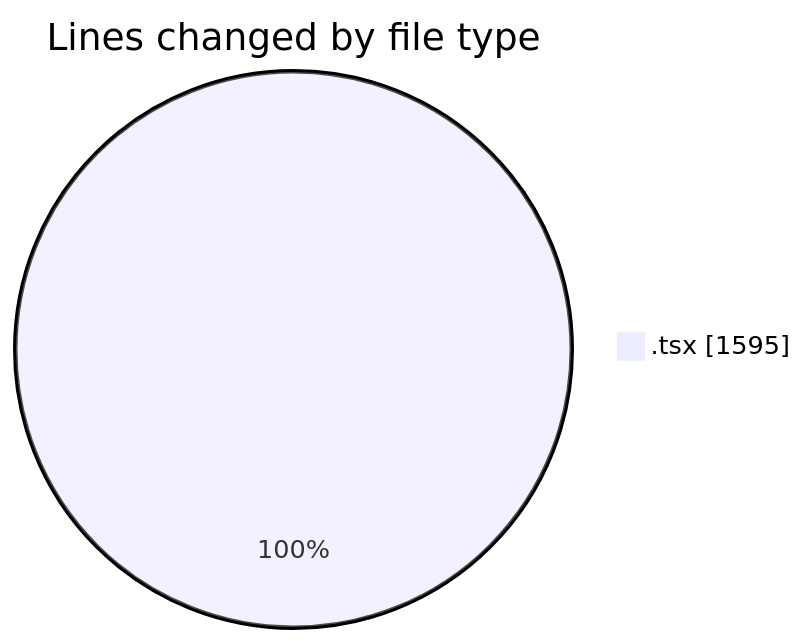
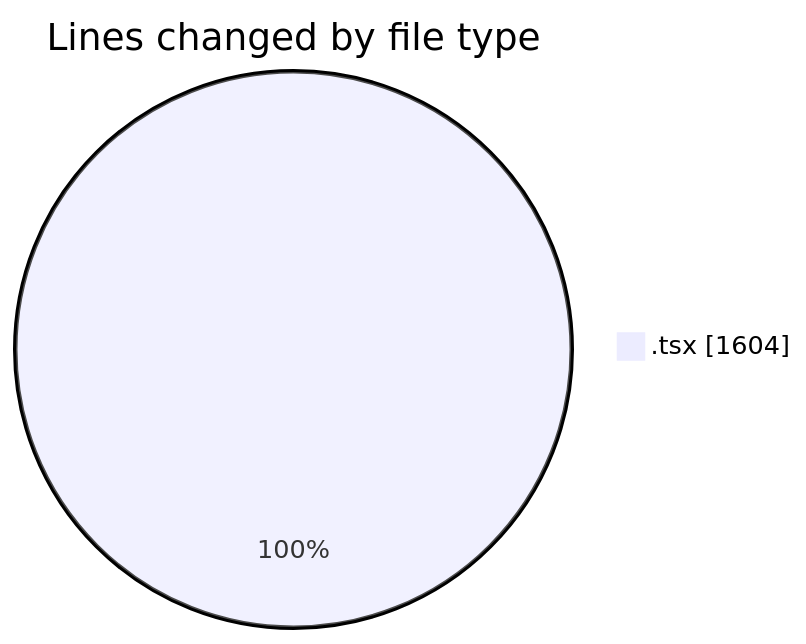
One commit to momahboobian/code-tracking changed the first of 2 diagrams in 2025-06-12/cda/README.md. Above: the diagram before and after it, drawn with Mermaid. The commit also changed other lines of this file and 1 other file, not shown here.

````diff
--- a/2025-06-12/cda/README.md
+++ b/2025-06-12/cda/README.md
@@ -22,5 +22,5 @@
 ```mermaid
 pie showData
 title Lines changed by file type
-".tsx" : 1595
+".tsx" : 1604
 ```
````
